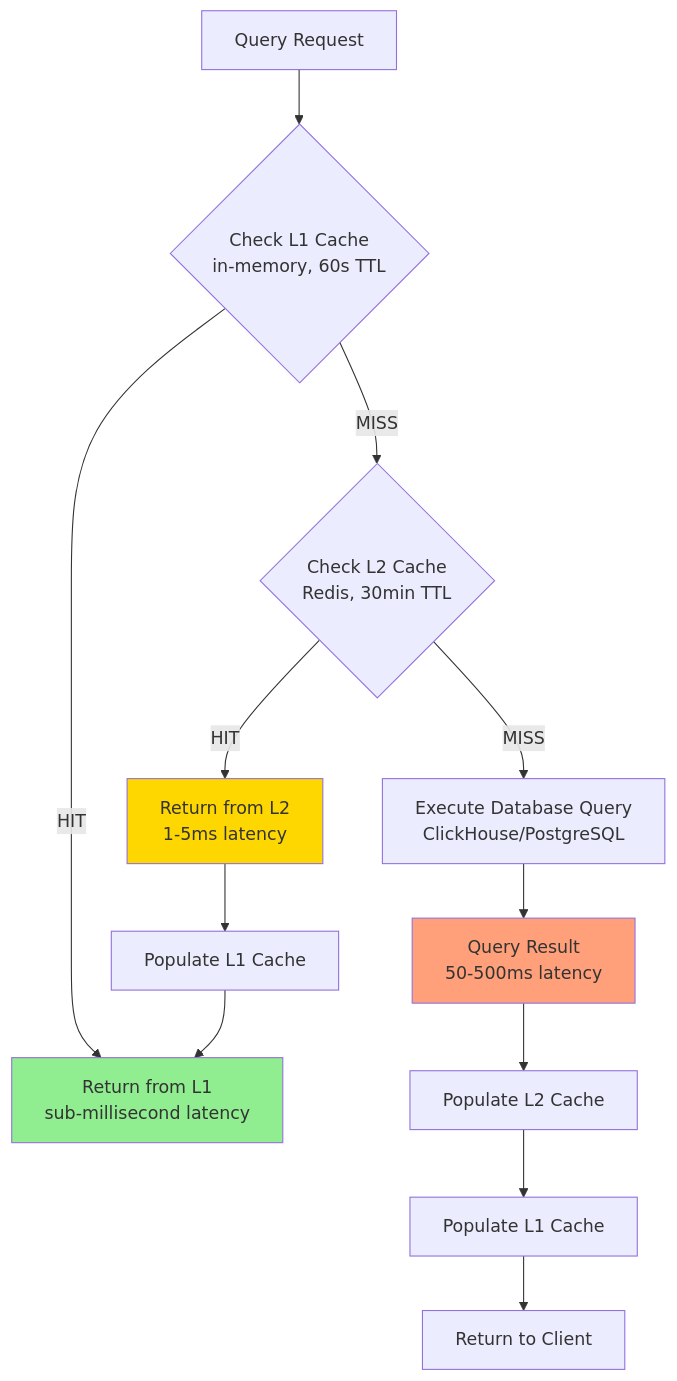
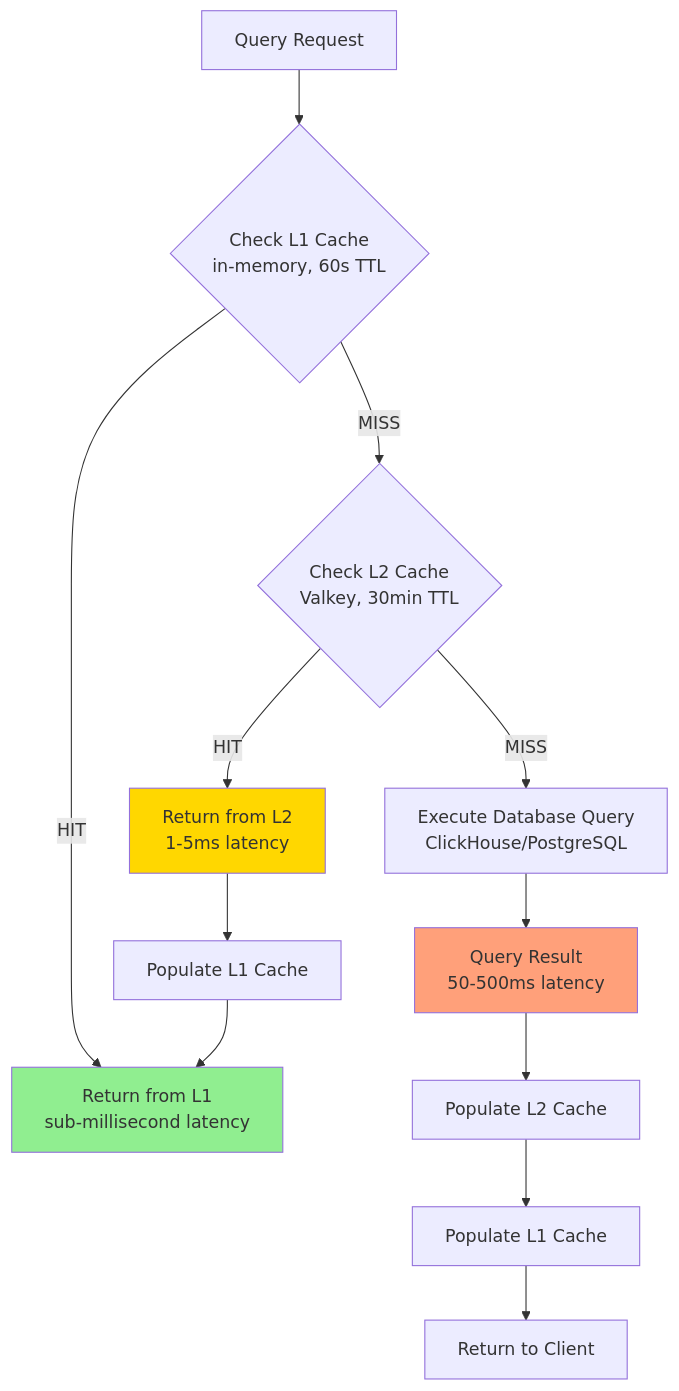
Before and after one commit to telemetryflow/telemetryflow-overview: the ninth of 14 diagrams in architecture/02-DATA-FLOW.md, drawn with Mermaid. The commit also changed other lines of this file and 23 other files, not shown here.

First line of the commit message:
docs: relabel Redis->Valkey in architecture/diagrams/prose (follow-up sweep)

````diff
--- a/architecture/02-DATA-FLOW.md
+++ b/architecture/02-DATA-FLOW.md
@@ -544,23 +544,23 @@
 ```mermaid
 graph TD
     A[Query Request] --> B{Check L1 Cache<br/>in-memory, 60s TTL}
 
     B -->|HIT| C[Return from L1<br/>sub-millisecond latency]
 
-    B -->|MISS| D{Check L2 Cache<br/>Redis, 30min TTL}
+    B -->|MISS| D{Check L2 Cache<br/>Valkey, 30min TTL}
 
     D -->|HIT| E[Return from L2<br/>1-5ms latency]
     E --> F[Populate L1 Cache]
 
     D -->|MISS| G[Execute Database Query<br/>ClickHouse/PostgreSQL]
     G --> H[Query Result<br/>50-500ms latency]
     H --> I[Populate L2 Cache]
     I --> J[Populate L1 Cache]
     J --> K[Return to Client]
 
     F --> C
 
     style C fill:#90EE90
     style E fill:#FFD700
     style H fill:#FFA07A
 ```
````
